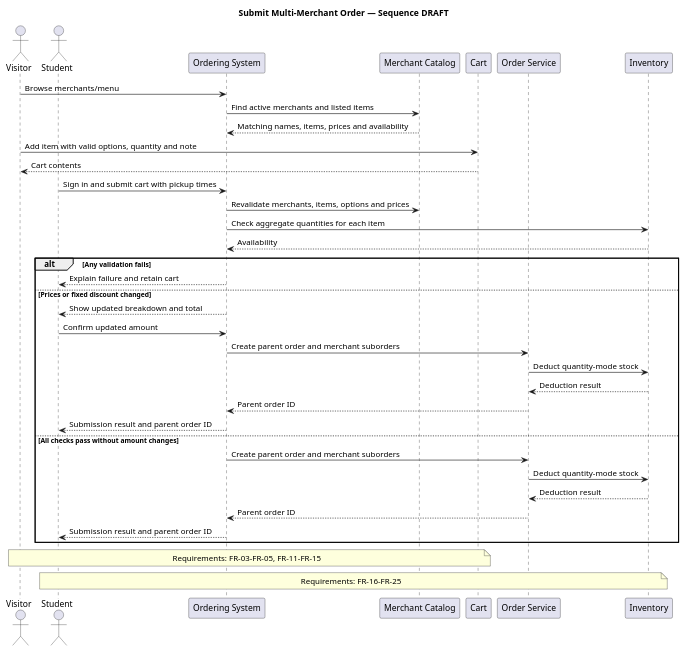
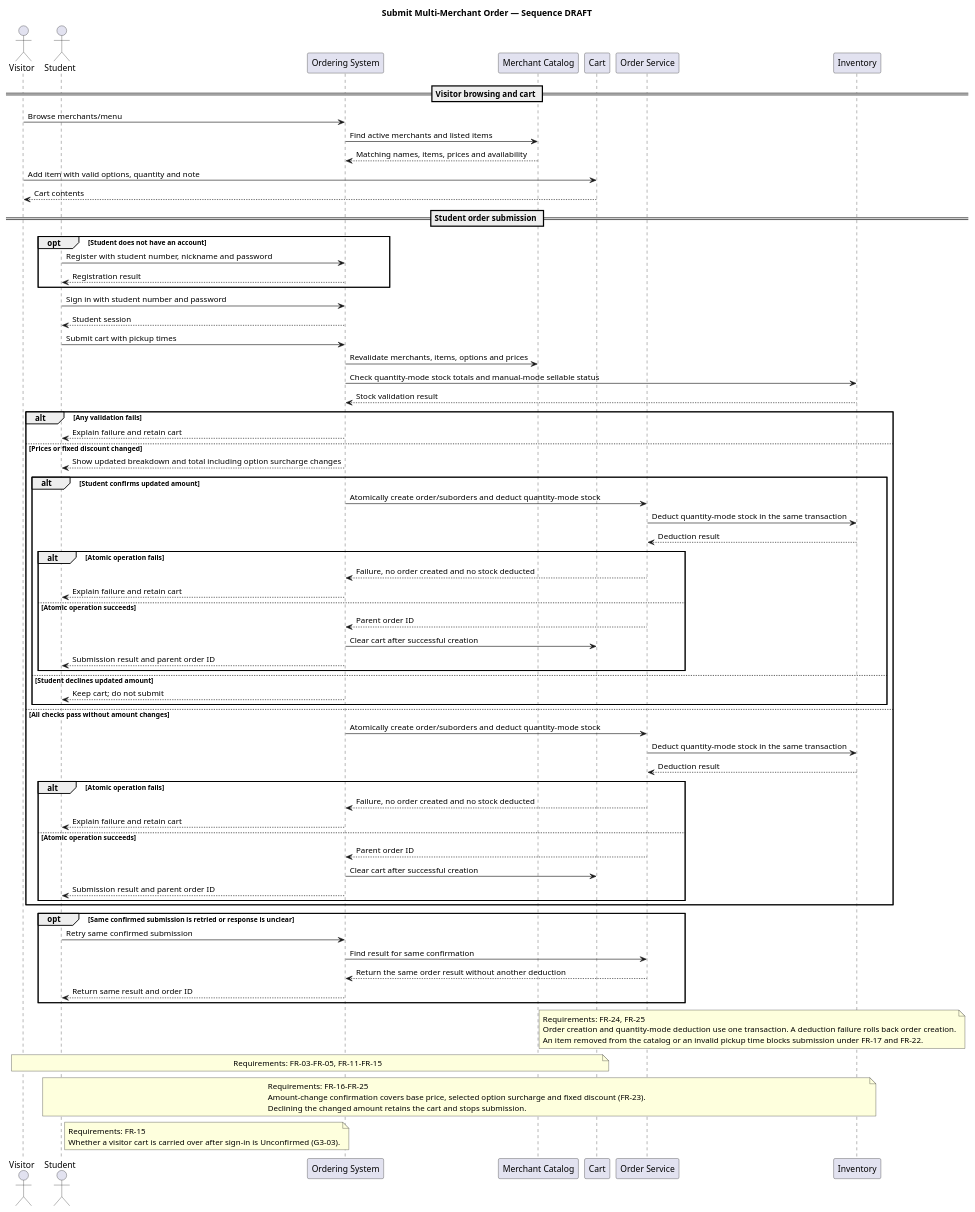
The diagram in specs/001-campus-ordering/uml/sequence-order.puml (actcfx/CampusFoodOrderingSystem), drawn with PlantUML before and after one commit. The commit also changed 9 other files, not shown here.

Commit message:
Docs: Revise UML per G4 decisions and CR-002

```diff
--- a/specs/001-campus-ordering/uml/sequence-order.puml
+++ b/specs/001-campus-ordering/uml/sequence-order.puml
@@ -1,45 +1,87 @@
 @startuml
 title Submit Multi-Merchant Order — Sequence DRAFT
 actor Visitor
 actor Student
 participant "Ordering System" as System
 participant "Merchant Catalog" as Catalog
 participant "Cart" as Cart
 participant "Order Service" as Orders
 participant "Inventory" as Inventory
 
+== Visitor browsing and cart ==
 Visitor -> System: Browse merchants/menu
 System -> Catalog: Find active merchants and listed items
 Catalog --> System: Matching names, items, prices and availability
 Visitor -> Cart: Add item with valid options, quantity and note
 Cart --> Visitor: Cart contents
 
-Student -> System: Sign in and submit cart with pickup times
+== Student order submission ==
+opt Student does not have an account
+  Student -> System: Register with student number, nickname and password
+  System --> Student: Registration result
+end
+Student -> System: Sign in with student number and password
+System --> Student: Student session
+Student -> System: Submit cart with pickup times
 System -> Catalog: Revalidate merchants, items, options and prices
-System -> Inventory: Check aggregate quantities for each item
-Inventory --> System: Availability
+System -> Inventory: Check quantity-mode stock totals and manual-mode sellable status
+Inventory --> System: Stock validation result
 alt Any validation fails
   System --> Student: Explain failure and retain cart
 else Prices or fixed discount changed
-  System --> Student: Show updated breakdown and total
-  Student -> System: Confirm updated amount
-  System -> Orders: Create parent order and merchant suborders
-  Orders -> Inventory: Deduct quantity-mode stock
+  System --> Student: Show updated breakdown and total including option surcharge changes
+  alt Student confirms updated amount
+    System -> Orders: Atomically create order/suborders and deduct quantity-mode stock
+    Orders -> Inventory: Deduct quantity-mode stock in the same transaction
+    Inventory --> Orders: Deduction result
+    alt Atomic operation fails
+      Orders --> System: Failure, no order created and no stock deducted
+      System --> Student: Explain failure and retain cart
+    else Atomic operation succeeds
+      Orders --> System: Parent order ID
+      System -> Cart: Clear cart after successful creation
+      System --> Student: Submission result and parent order ID
+    end
+  else Student declines updated amount
+    System --> Student: Keep cart; do not submit
+  end
+else All checks pass without amount changes
+  System -> Orders: Atomically create order/suborders and deduct quantity-mode stock
+  Orders -> Inventory: Deduct quantity-mode stock in the same transaction
   Inventory --> Orders: Deduction result
-  Orders --> System: Parent order ID
-  System --> Student: Submission result and parent order ID
-else All checks pass without amount changes
-  System -> Orders: Create parent order and merchant suborders
-  Orders -> Inventory: Deduct quantity-mode stock
-  Inventory --> Orders: Deduction result
-  Orders --> System: Parent order ID
-  System --> Student: Submission result and parent order ID
+  alt Atomic operation fails
+    Orders --> System: Failure, no order created and no stock deducted
+    System --> Student: Explain failure and retain cart
+  else Atomic operation succeeds
+    Orders --> System: Parent order ID
+    System -> Cart: Clear cart after successful creation
+    System --> Student: Submission result and parent order ID
+  end
 end
+
+opt Same confirmed submission is retried or response is unclear
+  Student -> System: Retry same confirmed submission
+  System -> Orders: Find result for same confirmation
+  Orders --> System: Return the same order result without another deduction
+  System --> Student: Return same result and order ID
+end
+
+note over Orders,Inventory
+  Requirements: FR-24, FR-25
+  Order creation and quantity-mode deduction use one transaction. A deduction failure rolls back order creation.
+  An item removed from the catalog or an invalid pickup time blocks submission under FR-17 and FR-22.
+end note
 
 note over Visitor,Cart
   Requirements: FR-03–FR-05, FR-11–FR-15
 end note
 note over Student,Inventory
   Requirements: FR-16–FR-25
+  Amount-change confirmation covers base price, selected option surcharge and fixed discount (FR-23).
+  Declining the changed amount retains the cart and stops submission.
+end note
+note right of Student
+  Requirements: FR-15
+  Whether a visitor cart is carried over after sign-in is Unconfirmed (G3-03).
 end note
 @enduml
```
